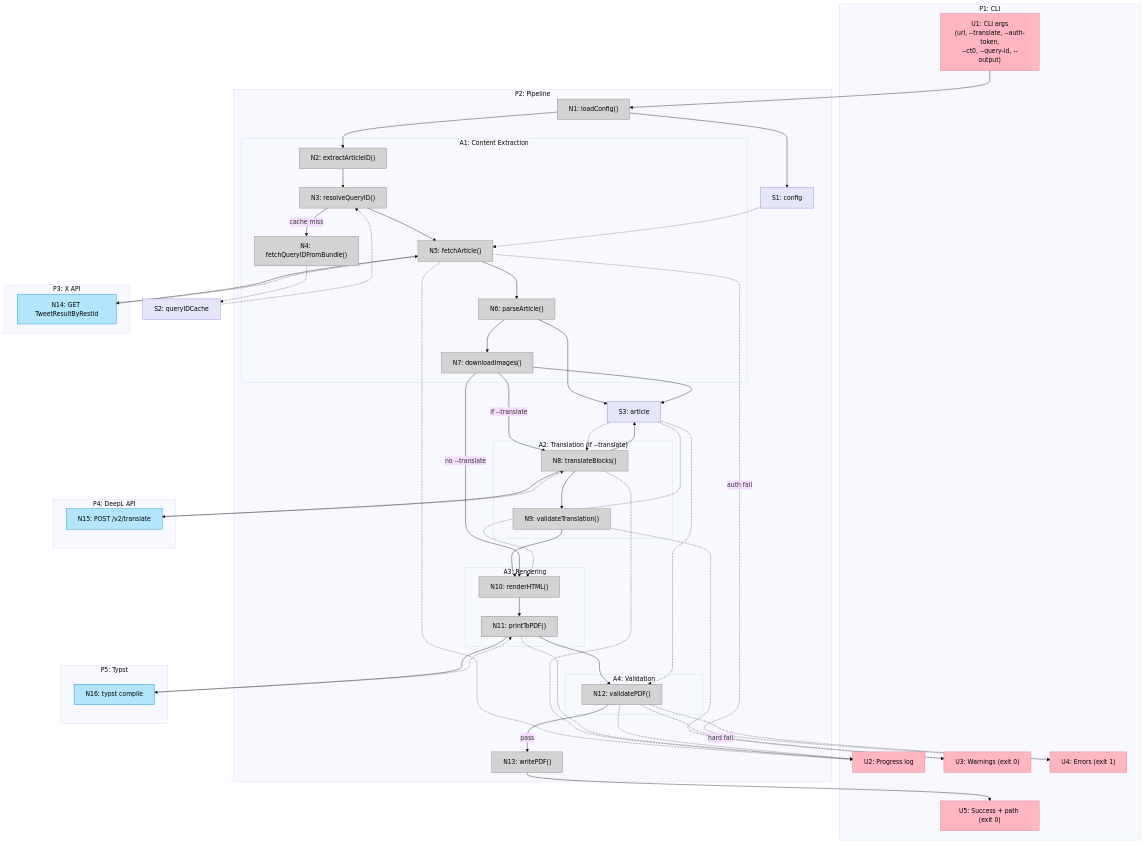
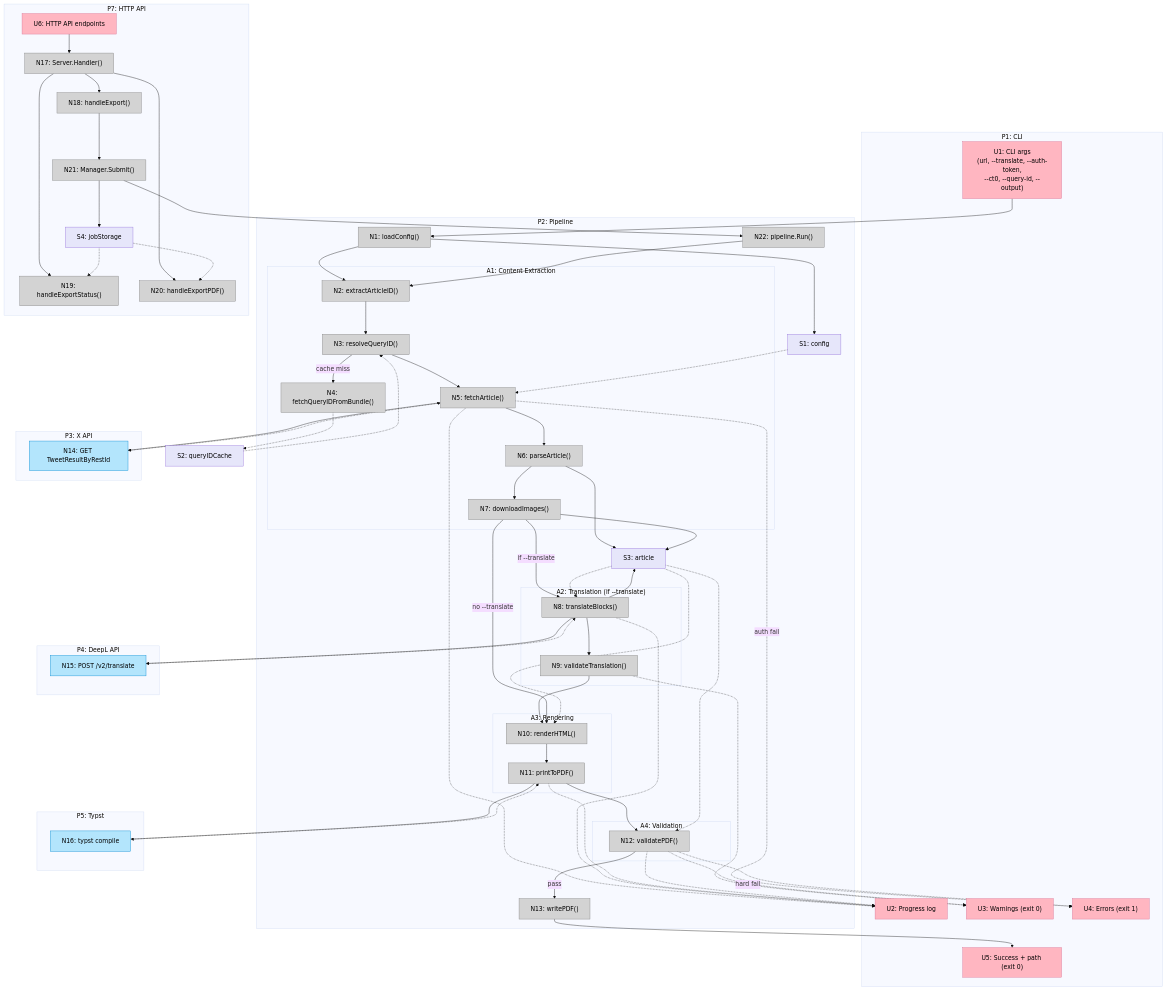
Before and after one commit to charlessuo/x-article-exporter: the diagram in shaping/breadboard.md, drawn with Mermaid (base theme). The commit also changed other lines of this file and 5 other files, not shown here.

````diff
--- a/shaping/breadboard.md
+++ b/shaping/breadboard.md
@@ -106,6 +115,18 @@
         end
 
         N13["N13: writePDF()"]
+
+        N22["N22: pipeline.Run()"]
+    end
+
+    subgraph P7["P7: HTTP API"]
+        U6["U6: HTTP API endpoints"]
+        N17["N17: Server.Handler()"]
+        N18["N18: handleExport()"]
+        N19["N19: handleExportStatus()"]
+        N20["N20: handleExportPDF()"]
+        N21["N21: Manager.Submit()"]
+        S4["S4: jobStorage"]
     end
 
     S2["S2: queryIDCache"]
@@ -179,14 +200,26 @@
     N11 -.-> U2
     N12 -.-> U2
 
+    %% V6 flow (server mode)
+    U6 --> N17
+    N17 --> N18
+    N17 --> N19
+    N17 --> N20
+    N18 --> N21
+    N21 --> N22
+    N22 --> N2
+    N21 --> S4
+    S4 -.-> N19
+    S4 -.-> N20
+
     %% Styling
     classDef ui fill:#ffb6c1,stroke:#d87093,color:#000
     classDef nonui fill:#d3d3d3,stroke:#808080,color:#000
     classDef store fill:#e6e6fa,stroke:#9370db,color:#000
     classDef external fill:#b3e5fc,stroke:#0288d1,color:#000
 
-    class U1,U2,U3,U4,U5 ui
-    class N1,N2,N3,N4,N5,N6,N7,N8,N9,N10,N11,N12,N13 nonui
+    class U1,U2,U3,U4,U5,U6 ui
+    class N1,N2,N3,N4,N5,N6,N7,N8,N9,N10,N11,N12,N13,N17,N18,N19,N20,N21,N22 nonui
     class N14,N15,N16 external
-    class S1,S2,S3 store
+    class S1,S2,S3,S4 store
 ```
````
